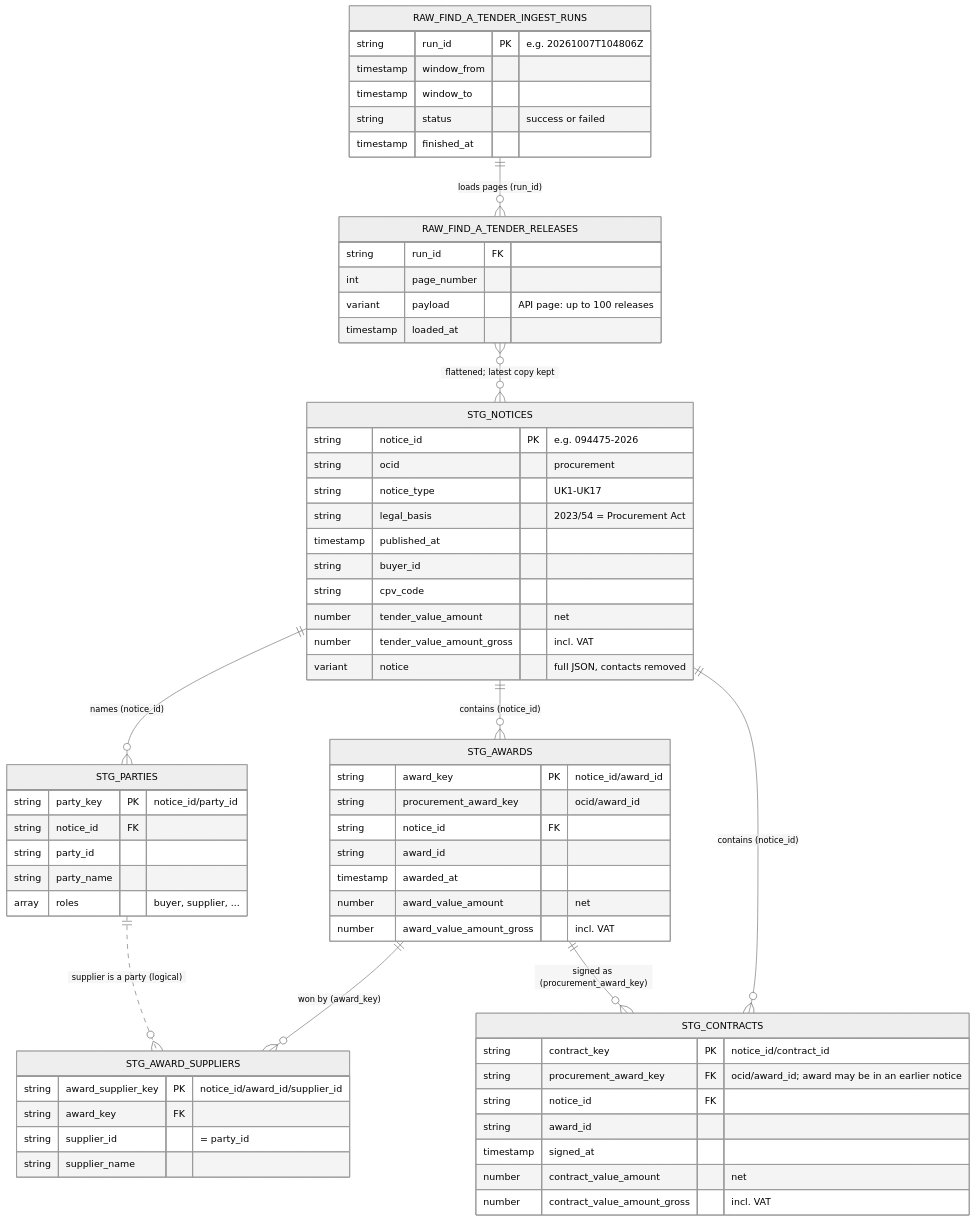
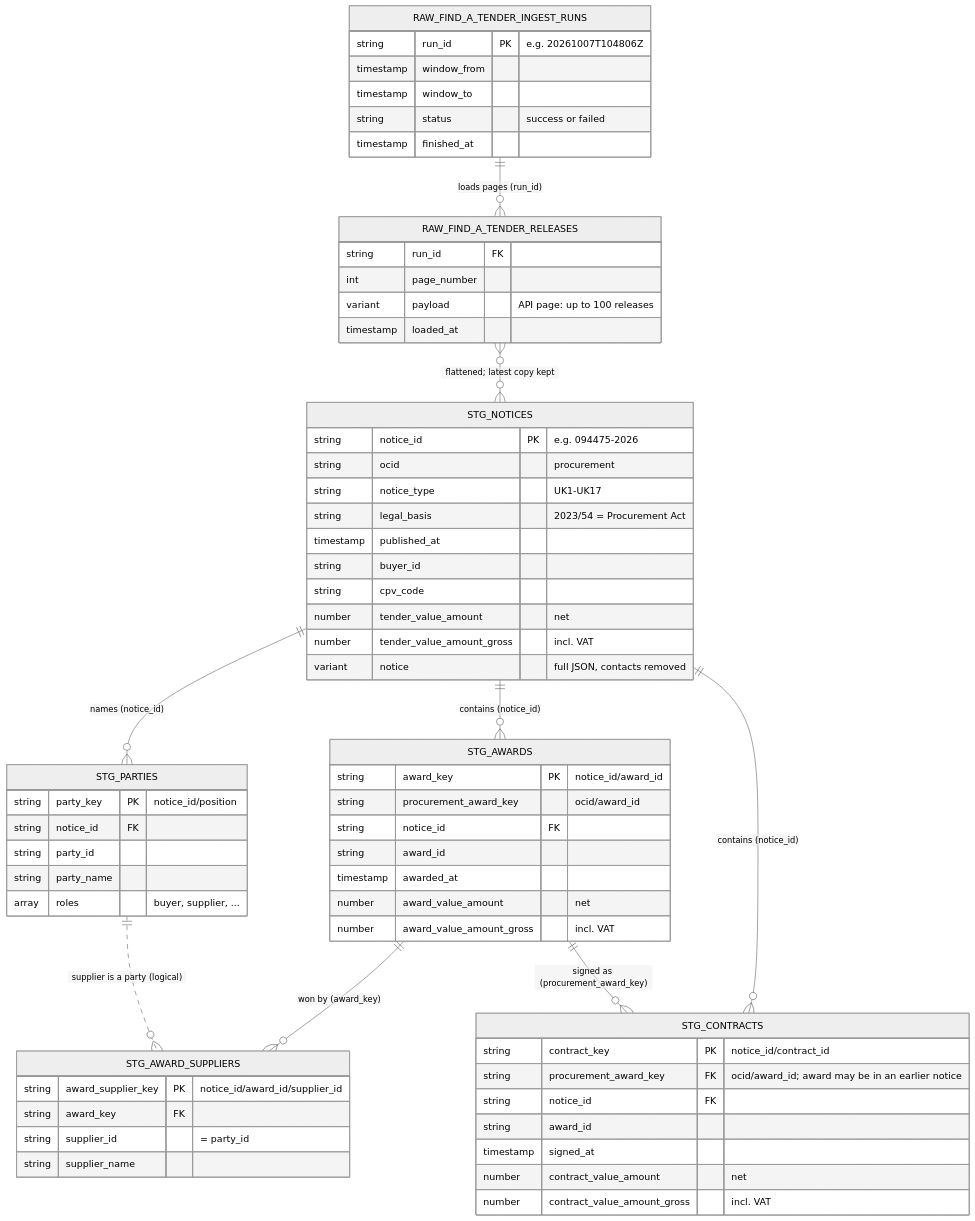
Before and after one commit to jacekjastrzebski/uk-tenders-dbt-snowflake: the diagram in docs/diagrams/staging-erd.md, drawn with Mermaid (neutral theme). The commit also changed other lines of this file and 4 other files, not shown here.

````diff
--- a/docs/diagrams/staging-erd.md
+++ b/docs/diagrams/staging-erd.md
@@ -5,68 +5,68 @@
 ```mermaid
 erDiagram
     RAW_FIND_A_TENDER_INGEST_RUNS ||--o{ RAW_FIND_A_TENDER_RELEASES : "loads pages (run_id)"
     RAW_FIND_A_TENDER_RELEASES }o--o{ STG_NOTICES : "flattened; latest copy kept"
     STG_NOTICES ||--o{ STG_PARTIES : "names (notice_id)"
     STG_NOTICES ||--o{ STG_AWARDS : "contains (notice_id)"
     STG_NOTICES ||--o{ STG_CONTRACTS : "contains (notice_id)"
     STG_AWARDS ||--o{ STG_AWARD_SUPPLIERS : "won by (award_key)"
     STG_AWARDS ||--o{ STG_CONTRACTS : "signed as (procurement_award_key)"
     STG_PARTIES ||..o{ STG_AWARD_SUPPLIERS : "supplier is a party (logical)"
 
     RAW_FIND_A_TENDER_INGEST_RUNS {
         string run_id PK "e.g. 20261007T104806Z"
         timestamp window_from
         timestamp window_to
         string status "success or failed"
         timestamp finished_at
     }
     RAW_FIND_A_TENDER_RELEASES {
         string run_id FK
         int page_number
         variant payload "API page: up to 100 releases"
         timestamp loaded_at
     }
     STG_NOTICES {
         string notice_id PK "e.g. 094475-2026"
         string ocid "procurement"
         string notice_type "UK1-UK17"
         string legal_basis "2023/54 = Procurement Act"
         timestamp published_at
         string buyer_id
         string cpv_code
         number tender_value_amount "net"
         number tender_value_amount_gross "incl. VAT"
         variant notice "full JSON, contacts removed"
     }
     STG_PARTIES {
-        string party_key PK "notice_id/party_id"
+        string party_key PK "notice_id/position"
         string notice_id FK
         string party_id
         string party_name
         array roles "buyer, supplier, ..."
     }
     STG_AWARDS {
         string award_key PK "notice_id/award_id"
         string procurement_award_key "ocid/award_id"
         string notice_id FK
         string award_id
         timestamp awarded_at
         number award_value_amount "net"
         number award_value_amount_gross "incl. VAT"
     }
     STG_AWARD_SUPPLIERS {
         string award_supplier_key PK "notice_id/award_id/supplier_id"
         string award_key FK
         string supplier_id "= party_id"
         string supplier_name
     }
     STG_CONTRACTS {
         string contract_key PK "notice_id/contract_id"
         string procurement_award_key FK "ocid/award_id; award may be in an earlier notice"
         string notice_id FK
         string award_id
         timestamp signed_at
         number contract_value_amount "net"
         number contract_value_amount_gross "incl. VAT"
     }
 ```
````
